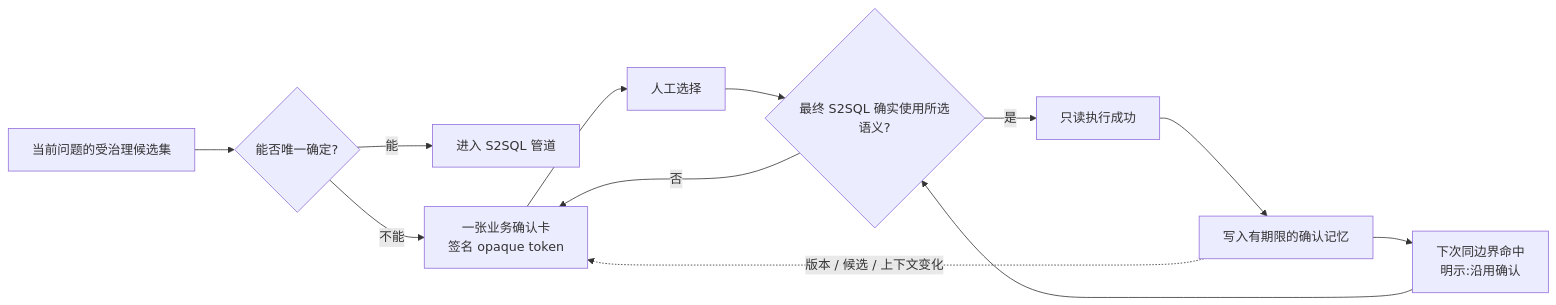
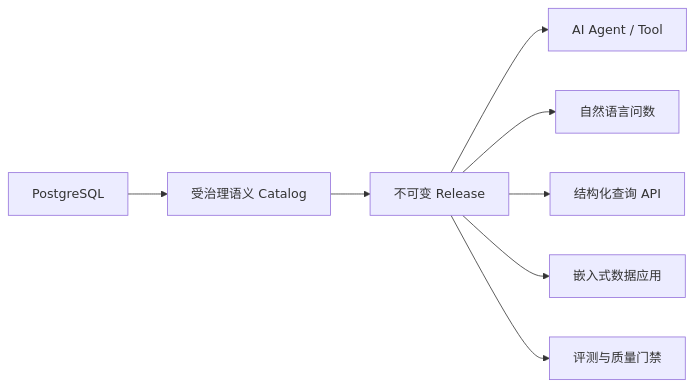
One commit to knowflow-ai/analytics changed the diagram in README.md. Above: the diagram before and after it, drawn with Mermaid. The commit also changed other lines of this file and 1 other file, not shown here.

````diff
--- a/README.md
+++ b/README.md
@@ -491,14 +78,10 @@
 ```mermaid
-flowchart LR
-    Q["当前问题的受治理候选集"] --> U{"能否唯一确定?"}
-    U -->|能| P["进入 S2SQL 管道"]
-    U -->|不能| H["一张业务确认卡<br/>签名 opaque token"]
-    H --> C["人工选择"]
-    C --> S{"最终 S2SQL 确实使用所选语义?"}
-    S -->|否| H
-    S -->|是| E["只读执行成功"]
-    E --> M["写入有期限的确认记忆"]
-    M --> R["下次同边界命中<br/>明示:沿用确认"]
-    R --> S
-    M -. "版本 / 候选 / 上下文变化" .-> H
+graph LR
+    DB["PostgreSQL"] --> C["受治理语义 Catalog"]
+    C --> R["不可变 Release"]
+    R --> A["AI Agent / Tool"]
+    R --> N["自然语言问数"]
+    R --> S["结构化查询 API"]
+    R --> E["嵌入式数据应用"]
+    R --> Q["评测与质量门禁"]
 ```
````
